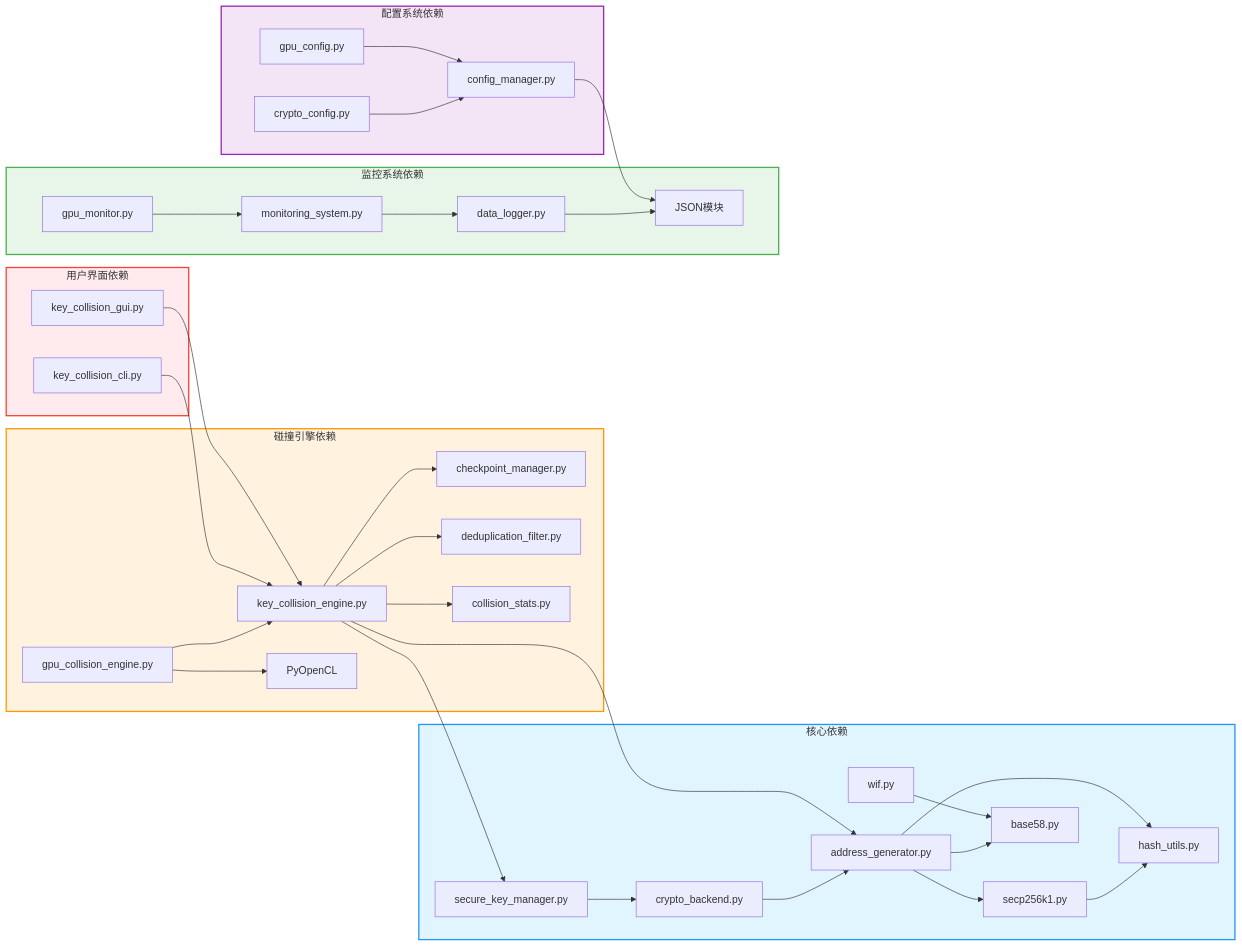
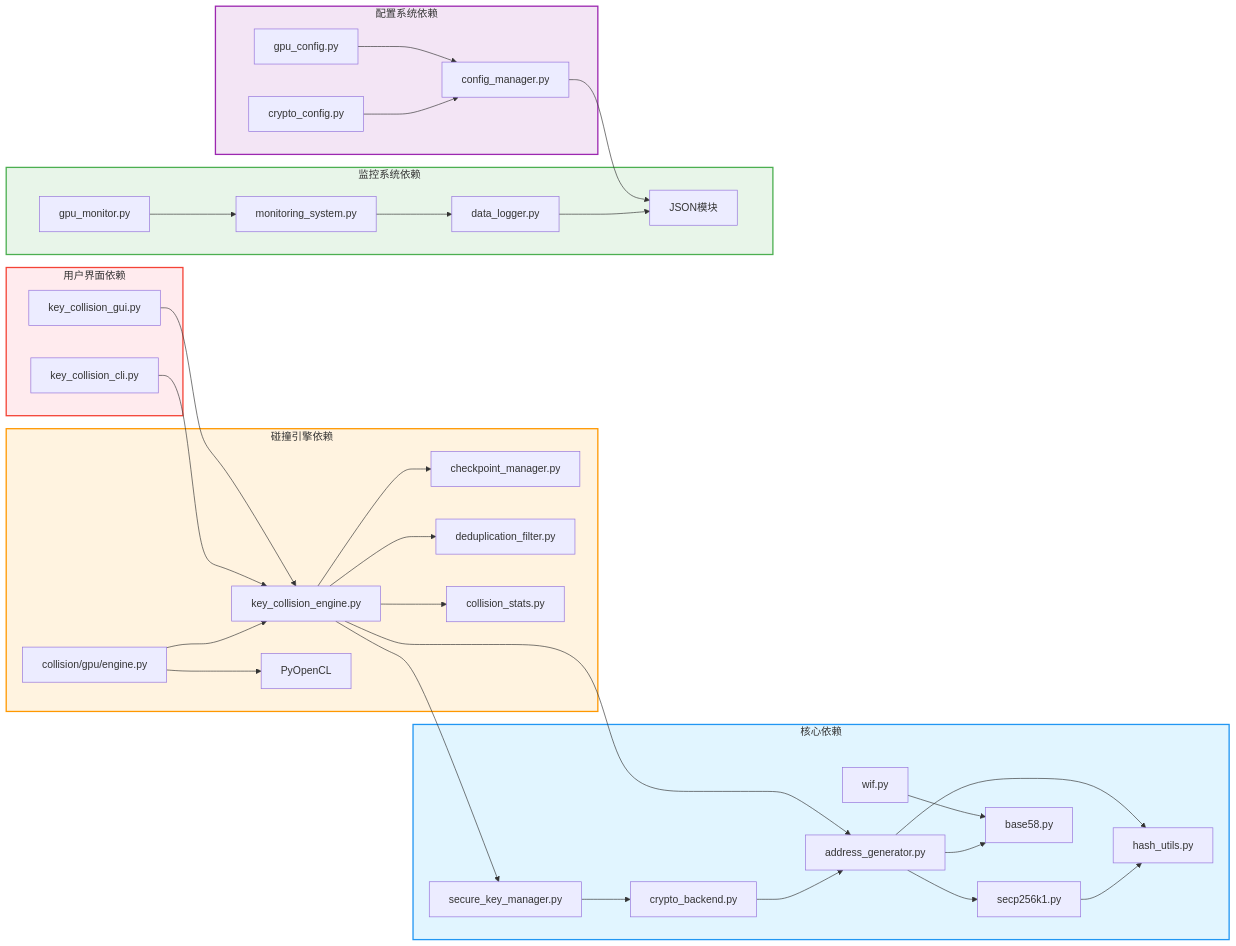
The seventh of 8 diagrams in docs/topology-diagrams.md (Pengkang-OP/btc-collision-engine), drawn with Mermaid before and after one commit. The commit also changed other lines of this file and 19 other files, not shown here.

First line of the commit message:
docs: 全面文档同步 — 版本号/模块路径/拓扑图更新 (20+文件)

````diff
--- a/docs/topology-diagrams.md
+++ b/docs/topology-diagrams.md
@@ -275,45 +275,45 @@
 ```mermaid
 graph LR
     subgraph 核心依赖
         secp256k1["secp256k1.py"] --> hash_utils["hash_utils.py"]
         address_generator["address_generator.py"] --> secp256k1
         address_generator --> hash_utils
         address_generator --> base58["base58.py"]
         wif["wif.py"] --> base58
         crypto_backend["crypto_backend.py"] --> address_generator
         secure_key_manager["secure_key_manager.py"] --> crypto_backend
     end
     
     subgraph 碰撞引擎依赖
         key_collision_engine["key_collision_engine.py"] --> address_generator
         key_collision_engine --> secure_key_manager
         key_collision_engine --> checkpoint_manager["checkpoint_manager.py"]
         key_collision_engine --> deduplication_filter["deduplication_filter.py"]
         key_collision_engine --> collision_stats["collision_stats.py"]
-        gpu_collision_engine["gpu_collision_engine.py"] --> key_collision_engine
-        gpu_collision_engine --> pyopencl["PyOpenCL"]
+        gpu_engine["collision/gpu/engine.py"] --> key_collision_engine
+        gpu_engine --> pyopencl["PyOpenCL"]
     end
     
     subgraph 监控系统依赖
         monitoring_system["monitoring_system.py"] --> data_logger["data_logger.py"]
         data_logger --> json["JSON模块"]
         gpu_monitor["gpu_monitor.py"] --> monitoring_system
     end
     
     subgraph 配置系统依赖
         config_manager["config_manager.py"] --> json
         crypto_config["crypto_config.py"] --> config_manager
         gpu_config["gpu_config.py"] --> config_manager
     end
     
     subgraph 用户界面依赖
         key_collision_cli["key_collision_cli.py"] --> key_collision_engine
         key_collision_gui["key_collision_gui.py"] --> key_collision_engine
     end
     
     style 核心依赖 fill:#e1f5ff,stroke:#2196f3,stroke-width:2px;
     style 碰撞引擎依赖 fill:#fff3e0,stroke:#ff9800,stroke-width:2px;
     style 监控系统依赖 fill:#e8f5e9,stroke:#4caf50,stroke-width:2px;
     style 配置系统依赖 fill:#f3e5f5,stroke:#9c27b0,stroke-width:2px;
     style 用户界面依赖 fill:#ffebee,stroke:#f44336,stroke-width:2px;
 ```
````
